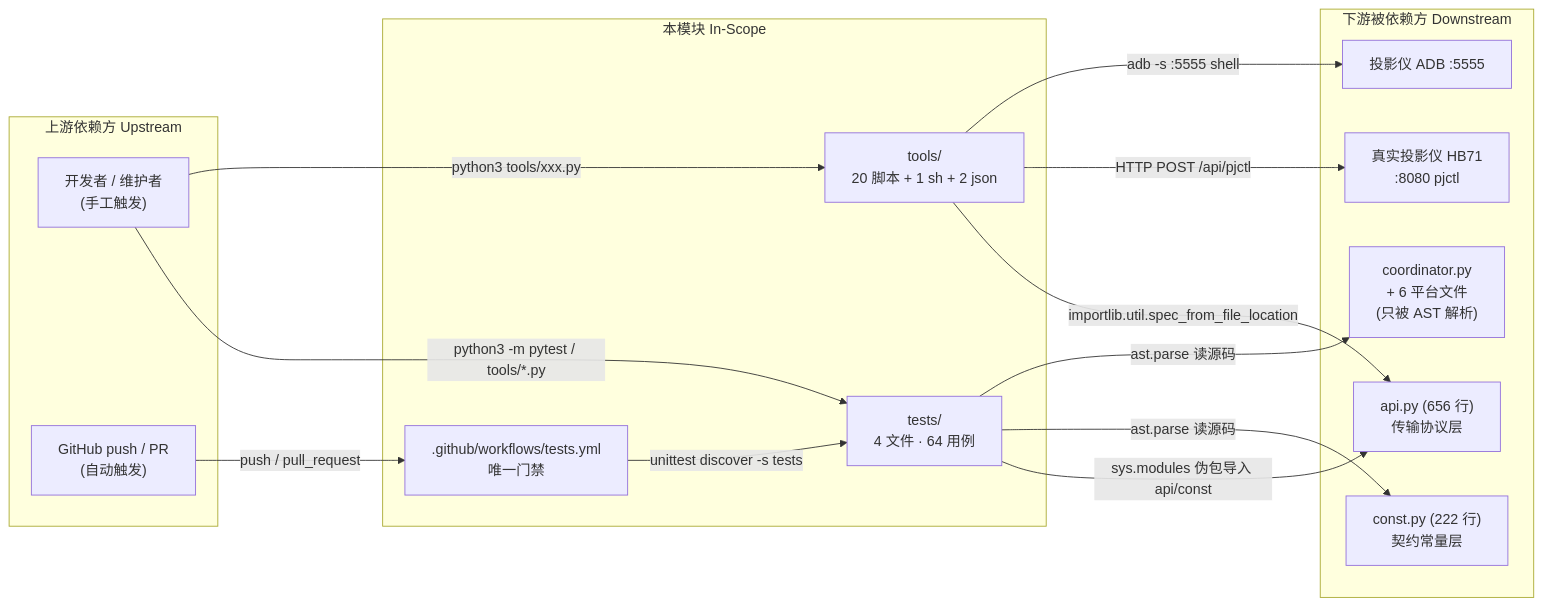
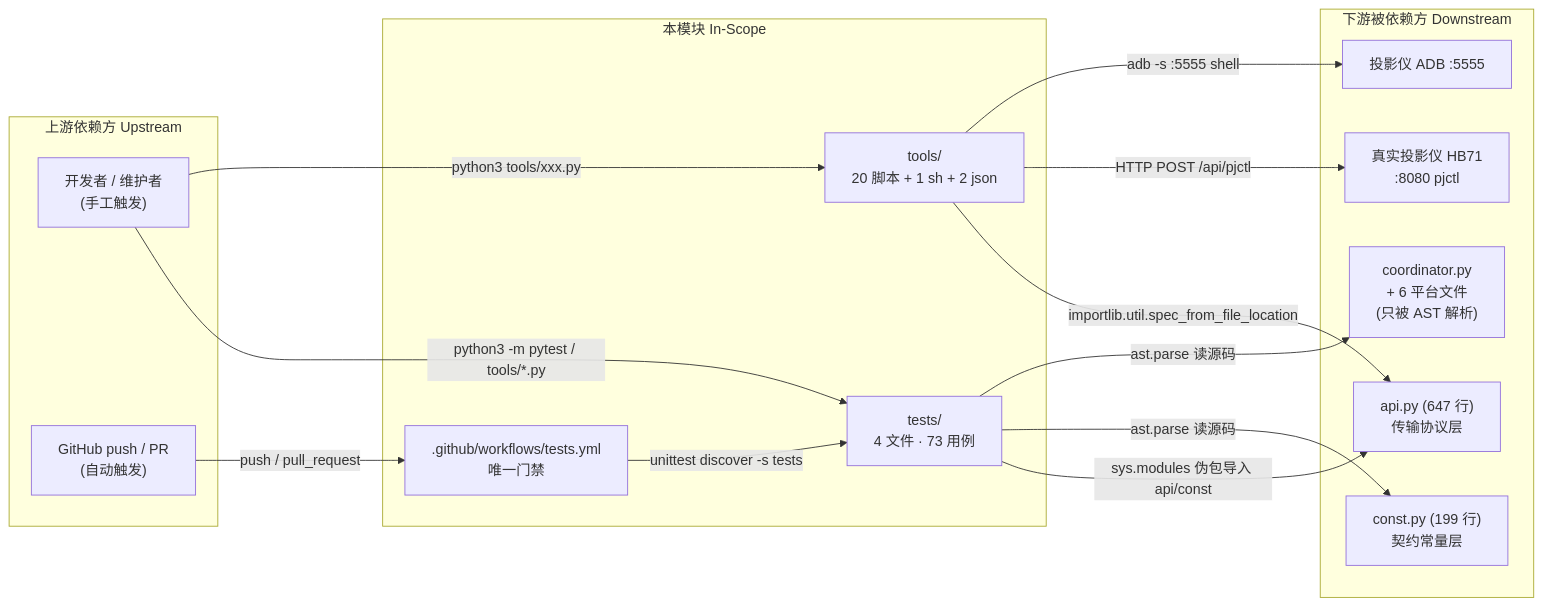
The diagram in docs/architecture/subsystems/verification-harness/boundaries.md (aixmoyu/ha-epson-ef-projector), drawn with Mermaid before and after one commit. The commit also changed other lines of this file and 78 other files, not shown here.

````diff
--- a/docs/architecture/subsystems/verification-harness/boundaries.md
+++ b/docs/architecture/subsystems/verification-harness/boundaries.md
@@ -21,29 +21,29 @@
 ```mermaid
 graph LR
     subgraph SELF["本模块 In-Scope"]
-        T["tests/<br/>4 文件 · 64 用例"]
+        T["tests/<br/>4 文件 · 73 用例"]
         TL["tools/<br/>20 脚本 + 1 sh + 2 json"]
         CI[".github/workflows/tests.yml<br/>唯一门禁"]
     end
     subgraph UP["上游依赖方 Upstream"]
         DEV["开发者 / 维护者<br/>(手工触发)"]
         GH["GitHub push / PR<br/>(自动触发)"]
     end
     subgraph DOWN["下游被依赖方 Downstream"]
-        API["api.py (656 行)<br/>传输协议层"]
-        CONST["const.py (222 行)<br/>契约常量层"]
+        API["api.py (647 行)<br/>传输协议层"]
+        CONST["const.py (199 行)<br/>契约常量层"]
         COORD["coordinator.py<br/>+ 6 平台文件<br/>(只被 AST 解析)"]
         HW["真实投影仪 HB71<br/>:8080 pjctl"]
         ADB["投影仪 ADB :5555"]
     end
     DEV -->|"python3 -m pytest / tools/*.py"| T
     DEV -->|"python3 tools/xxx.py <IP>"| TL
     GH -->|"push / pull_request"| CI
     T -->|"sys.modules 伪包导入 api/const"| API
     T -->|"ast.parse 读源码"| CONST
     T -->|"ast.parse 读源码"| COORD
     TL -->|"importlib.util.spec_from_file_location"| API
     TL -->|"HTTP POST /api/pjctl"| HW
     TL -->|"adb -s <IP>:5555 shell"| ADB
     CI -->|"unittest discover -s tests"| T
 ```
````
